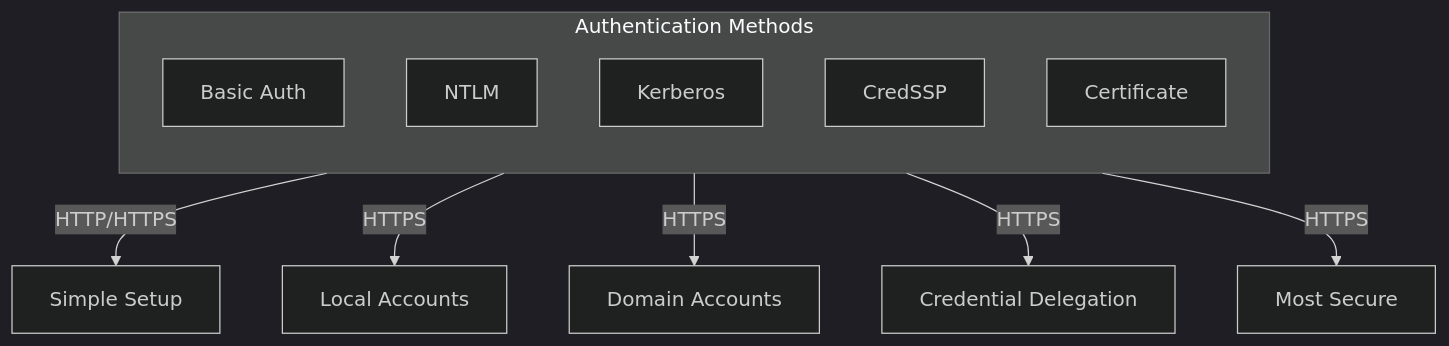
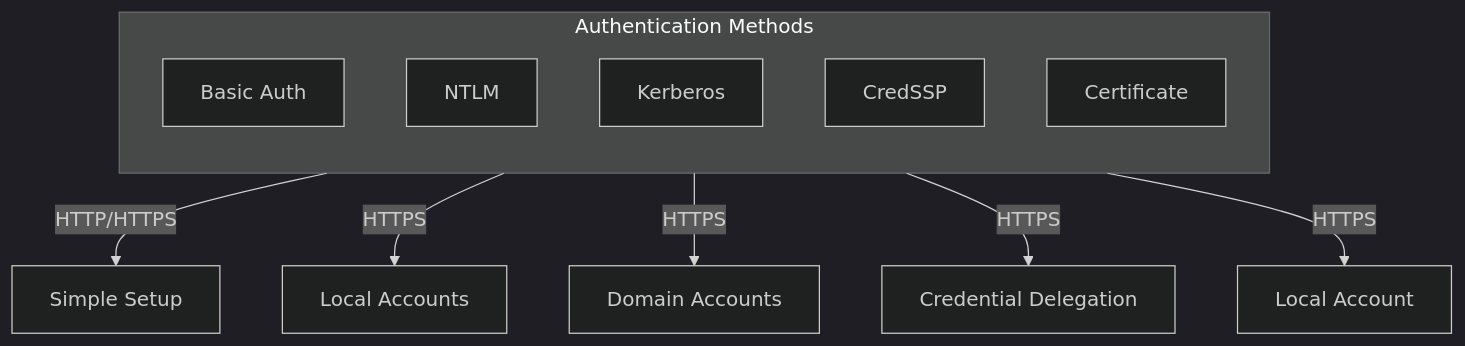
Before and after one commit to OneUptime/blog: the second of 3 diagrams in posts/2026-01-24-configure-ansible-windows-hosts/README.md, drawn with Mermaid (dark theme). The commit also changed other lines of this file and 4262 other files, not shown here.

````diff
--- a/posts/2026-01-24-configure-ansible-windows-hosts/README.md
+++ b/posts/2026-01-24-configure-ansible-windows-hosts/README.md
@@ -180,17 +183,17 @@
 ```mermaid
 flowchart TB
     subgraph Auth["Authentication Methods"]
         direction TB
         B[Basic Auth]
         N[NTLM]
         K[Kerberos]
         C[CredSSP]
         Cert[Certificate]
     end
 
     B -->|HTTP/HTTPS| Simple[Simple Setup]
     N -->|HTTPS| Local[Local Accounts]
     K -->|HTTPS| Domain[Domain Accounts]
     C -->|HTTPS| Delegation[Credential Delegation]
-    Cert -->|HTTPS| Secure[Most Secure]
+    Cert -->|HTTPS| Secure[Local Account]
 ```
````
